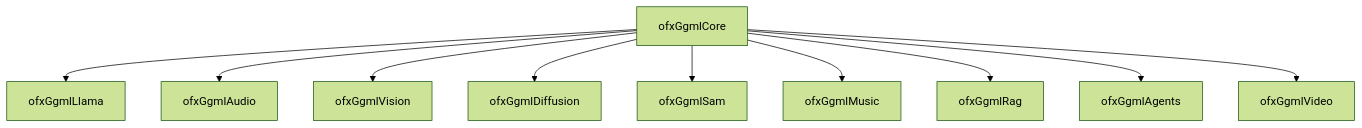
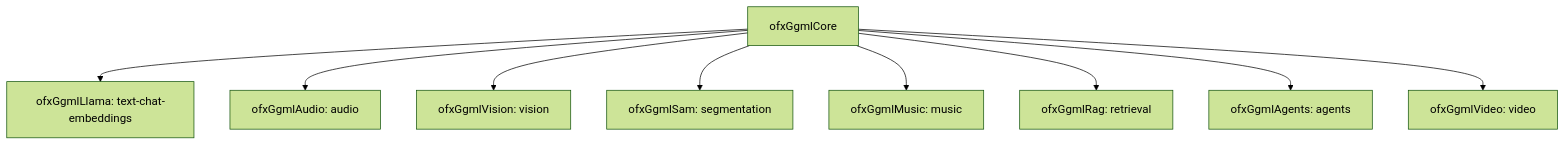
One commit to Jonathhhan/ofxGgmlCore changed the diagram in docs/ecosystem-dependency-graph.md. Above: the diagram before and after it, drawn with Mermaid (forest theme). The commit also changed other lines of this file and 41 other files, not shown here.

````diff
--- a/docs/ecosystem-dependency-graph.md
+++ b/docs/ecosystem-dependency-graph.md
@@ -13,13 +3,12 @@
 ```mermaid
 graph TD
   Core[ofxGgmlCore]
-  Core --> ofxGgmlLlama[ofxGgmlLlama]
-  Core --> ofxGgmlAudio[ofxGgmlAudio]
-  Core --> ofxGgmlVision[ofxGgmlVision]
-  Core --> ofxGgmlDiffusion[ofxGgmlDiffusion]
-  Core --> ofxGgmlSam[ofxGgmlSam]
-  Core --> ofxGgmlMusic[ofxGgmlMusic]
-  Core --> ofxGgmlRag[ofxGgmlRag]
-  Core --> ofxGgmlAgents[ofxGgmlAgents]
-  Core --> ofxGgmlVideo[ofxGgmlVideo]
+  Core --> ofxGgmlLlama[ofxGgmlLlama: text-chat-embeddings]
+  Core --> ofxGgmlAudio[ofxGgmlAudio: audio]
+  Core --> ofxGgmlVision[ofxGgmlVision: vision]
+  Core --> ofxGgmlSam[ofxGgmlSam: segmentation]
+  Core --> ofxGgmlMusic[ofxGgmlMusic: music]
+  Core --> ofxGgmlRag[ofxGgmlRag: retrieval]
+  Core --> ofxGgmlAgents[ofxGgmlAgents: agents]
+  Core --> ofxGgmlVideo[ofxGgmlVideo: video]
 ```
````
